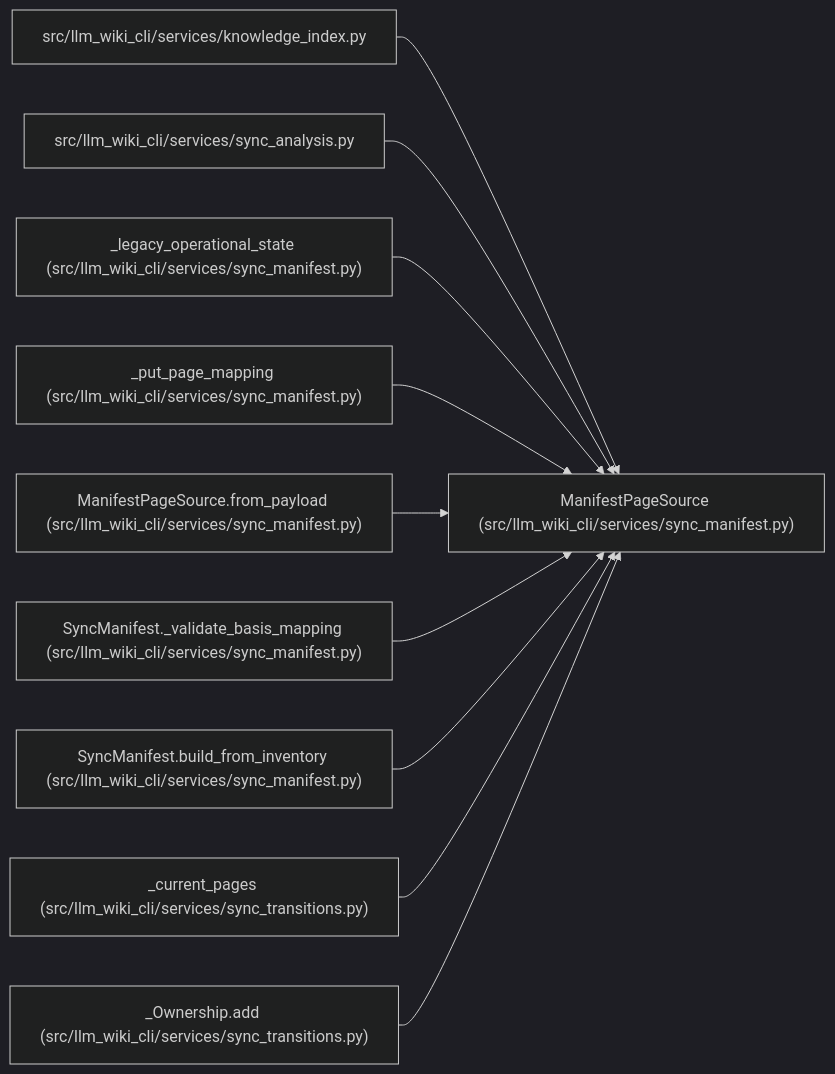
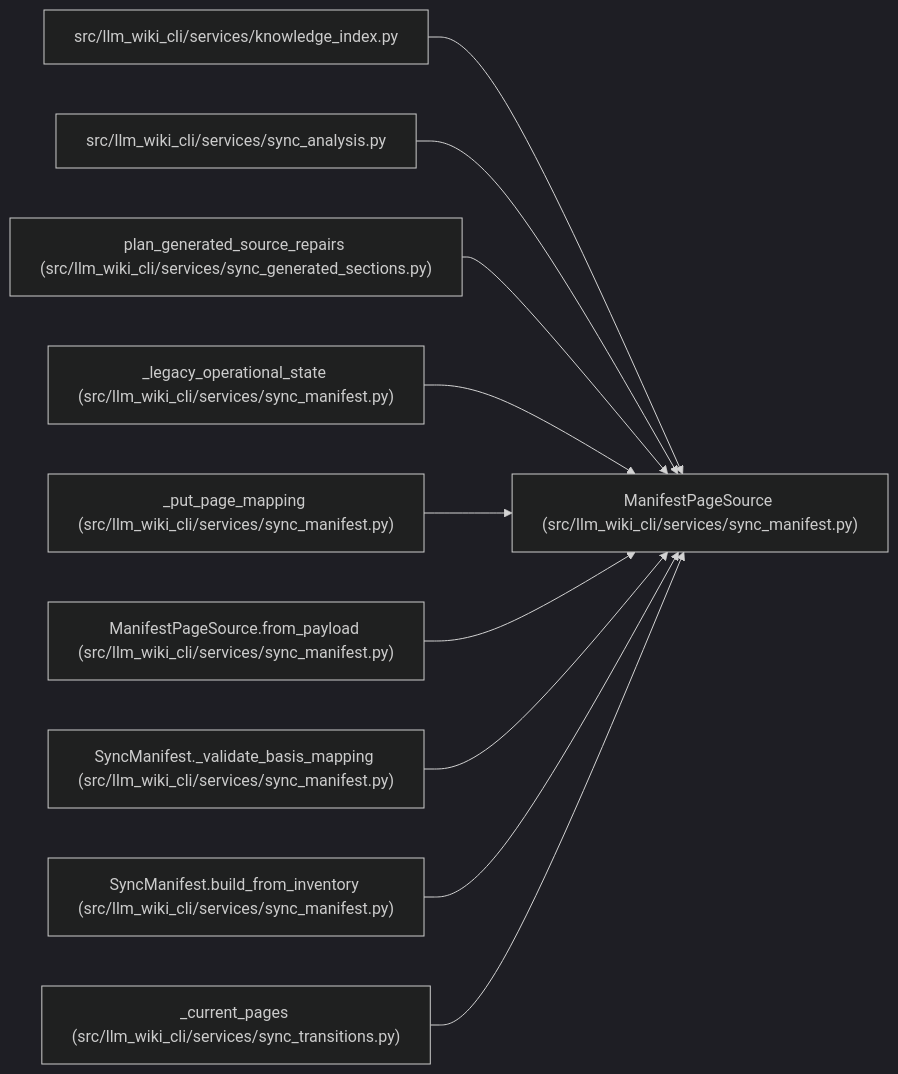
Before and after one commit to Denissvgn/python-wiki-llm: the diagram in docs/llm_wiki/entities/ManifestPageSource.md, drawn with Mermaid (dark theme). The commit also changed other lines of this file and 370 other files, not shown here.

Commit message:
docs(wiki): Document source-grounded retained section repairs

````diff
--- a/docs/llm_wiki/entities/ManifestPageSource.md
+++ b/docs/llm_wiki/entities/ManifestPageSource.md
@@ -34,32 +34,32 @@
 ```mermaid
 flowchart LR
     n0["ManifestPageSource (src/llm_wiki_cli/services/sync_manifest.py)"]
     n1["src/llm_wiki_cli/services/knowledge_index.py"]
     n2["src/llm_wiki_cli/services/sync_analysis.py"]
-    n3["_legacy_operational_state (src/llm_wiki_cli/services/sync_manifest.py)"]
-    n4["_put_page_mapping (src/llm_wiki_cli/services/sync_manifest.py)"]
-    n5["ManifestPageSource.from_payload (src/llm_wiki_cli/services/sync_manifest.py)"]
-    n6["SyncManifest._validate_basis_mapping (src/llm_wiki_cli/services/sync_manifest.py)"]
-    n7["SyncManifest.build_from_inventory (src/llm_wiki_cli/services/sync_manifest.py)"]
-    n8["_current_pages (src/llm_wiki_cli/services/sync_transitions.py)"]
-    n9["_Ownership.add (src/llm_wiki_cli/services/sync_transitions.py)"]
+    n3["plan_generated_source_repairs (src/llm_wiki_cli/services/sync_generated_sections.py)"]
+    n4["_legacy_operational_state (src/llm_wiki_cli/services/sync_manifest.py)"]
+    n5["_put_page_mapping (src/llm_wiki_cli/services/sync_manifest.py)"]
+    n6["ManifestPageSource.from_payload (src/llm_wiki_cli/services/sync_manifest.py)"]
+    n7["SyncManifest._validate_basis_mapping (src/llm_wiki_cli/services/sync_manifest.py)"]
+    n8["SyncManifest.build_from_inventory (src/llm_wiki_cli/services/sync_manifest.py)"]
+    n9["_current_pages (src/llm_wiki_cli/services/sync_transitions.py)"]
     n1 --> n0
     n2 --> n0
     n3 --> n0
     n4 --> n0
     n5 --> n0
     n6 --> n0
     n7 --> n0
     n8 --> n0
     n9 --> n0
     click n0 "../modules/sync_manifest.md"
     click n1 "../modules/knowledge_index.md"
     click n2 "../modules/sync_analysis.md"
-    click n3 "../modules/sync_manifest.md"
+    click n3 "../modules/sync_generated_sections.md"
     click n4 "../modules/sync_manifest.md"
     click n5 "../modules/sync_manifest.md"
     click n6 "../modules/sync_manifest.md"
     click n7 "../modules/sync_manifest.md"
-    click n8 "../modules/sync_transitions.md"
+    click n8 "../modules/sync_manifest.md"
     click n9 "../modules/sync_transitions.md"
 ```
````
